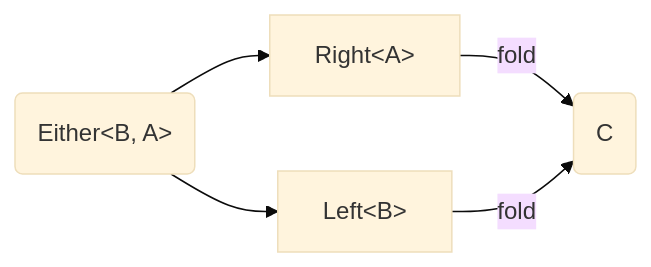
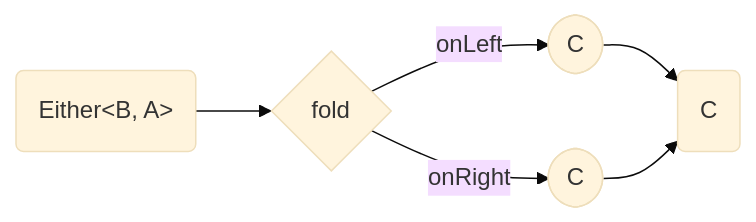
One commit to adamjosefus/fp-ts-examples changed the fifth of 8 diagrams in Either.md. Above: the diagram before and after it, drawn with Mermaid (base theme). The commit also changed other lines of this file, not shown here.

Commit message:
Update charts

````diff
--- a/Either.md
+++ b/Either.md
@@ -105,8 +200,14 @@
 ```mermaid
 flowchart LR
-    input("Either<<span>B, A</span>>") --> left[Left<<span>B</span>>]
-    input --> right[Right<<span>A</span>>]
-    right --> | fold | result([C])
-    left  --> | fold | result(C)
+    input("Either<<span>B, A</span>>")
+    input --> method
+    method{fold}
+    method --> | onLeft | resultLeft
+    method --> | onRight | resultRight
+    resultLeft([C])
+    resultRight([C])
+    resultLeft --> result
+    resultRight --> result
+    result(C)
 
 ```
````
